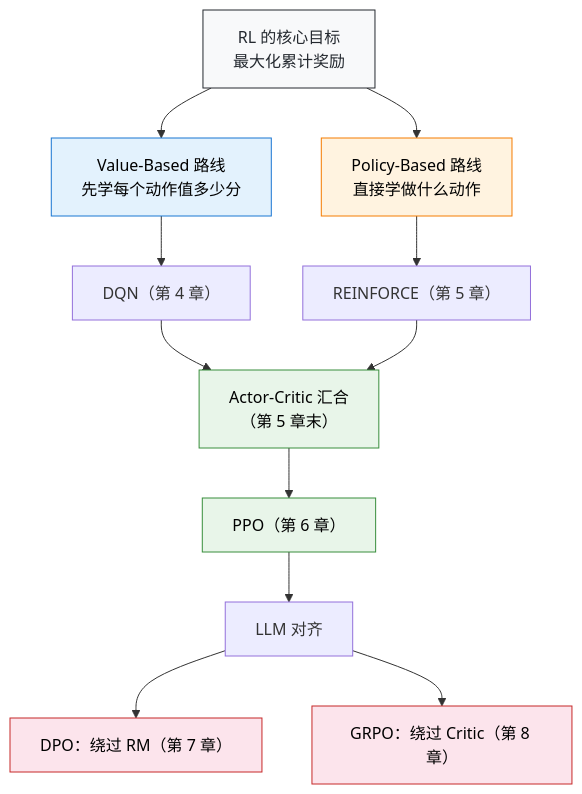
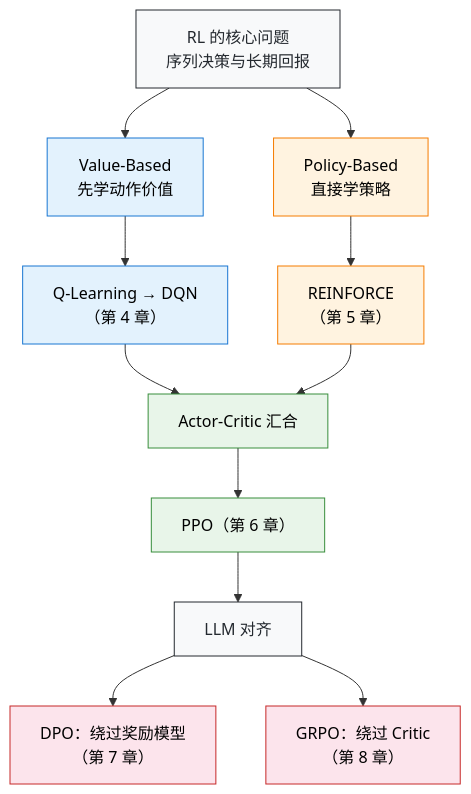
Before and after one commit to vishalbelsare/hands-on-modern-rl: the diagram in docs/preface/intro.md, drawn with Mermaid. The commit also changed other lines of this file and 4 other files, not shown here.

````diff
--- a/docs/preface/intro.md
+++ b/docs/preface/intro.md
@@ -103,25 +39,24 @@
 ```mermaid
 graph TD
-    ROOT["RL 的核心目标<br/>最大化累计奖励"] --> VB["Value-Based 路线<br/>先学每个动作值多少分"]
-    ROOT --> PB["Policy-Based 路线<br/>直接学做什么动作"]
+    A["RL 的核心问题<br/>序列决策与长期回报"] --> B["Value-Based<br/>先学动作价值"]
+    A --> C["Policy-Based<br/>直接学策略"]
+    B --> D["Q-Learning → DQN<br/>（第 4 章）"]
+    C --> E["REINFORCE<br/>（第 5 章）"]
+    D --> F["Actor-Critic 汇合"]
+    E --> F
+    F --> G["PPO（第 6 章）"]
+    G --> H["LLM 对齐"]
+    H --> I["DPO：绕过奖励模型<br/>（第 7 章）"]
+    H --> J["GRPO：绕过 Critic<br/>（第 8 章）"]
 
-    VB --> DQN["DQN（第 4 章）"]
-    PB --> PG["REINFORCE（第 5 章）"]
-
-    DQN --> AC["Actor-Critic 汇合<br/>（第 5 章末）"]
-    PG --> AC
-
-    AC --> PPO["PPO（第 6 章）"]
-
-    PPO --> LLM["LLM 对齐"]
-    LLM --> DPOG["DPO：绕过 RM（第 7 章）"]
-    LLM --> GRPOG["GRPO：绕过 Critic（第 8 章）"]
-
-    style ROOT fill:#f8f9fa,stroke:#24292f,color:#24292f
-    style VB fill:#e3f2fd,stroke:#1976d2,color:#000
-    style PB fill:#fff3e0,stroke:#f57c00,color:#000
-    style AC fill:#e8f5e9,stroke:#388e3c,color:#000
-    style PPO fill:#e8f5e9,stroke:#388e3c,color:#000
-    style DPOG fill:#fce4ec,stroke:#c62828,color:#000
-    style GRPOG fill:#fce4ec,stroke:#c62828,color:#000
+    style A fill:#f8f9fa,stroke:#24292f,color:#24292f
+    style B fill:#e3f2fd,stroke:#1976d2,color:#000
+    style C fill:#fff3e0,stroke:#f57c00,color:#000
+    style D fill:#e3f2fd,stroke:#1976d2,color:#000
+    style E fill:#fff3e0,stroke:#f57c00,color:#000
+    style F fill:#e8f5e9,stroke:#388e3c,color:#000
+    style G fill:#e8f5e9,stroke:#388e3c,color:#000
+    style H fill:#f8f9fa,stroke:#24292f,color:#24292f
+    style I fill:#fce4ec,stroke:#c62828,color:#000
+    style J fill:#fce4ec,stroke:#c62828,color:#000
 ```
````
